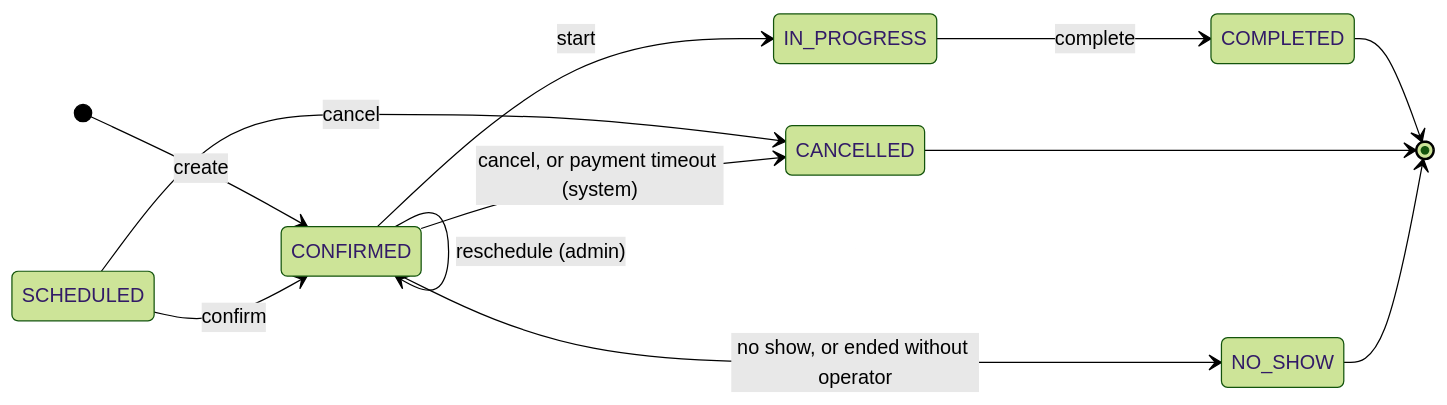
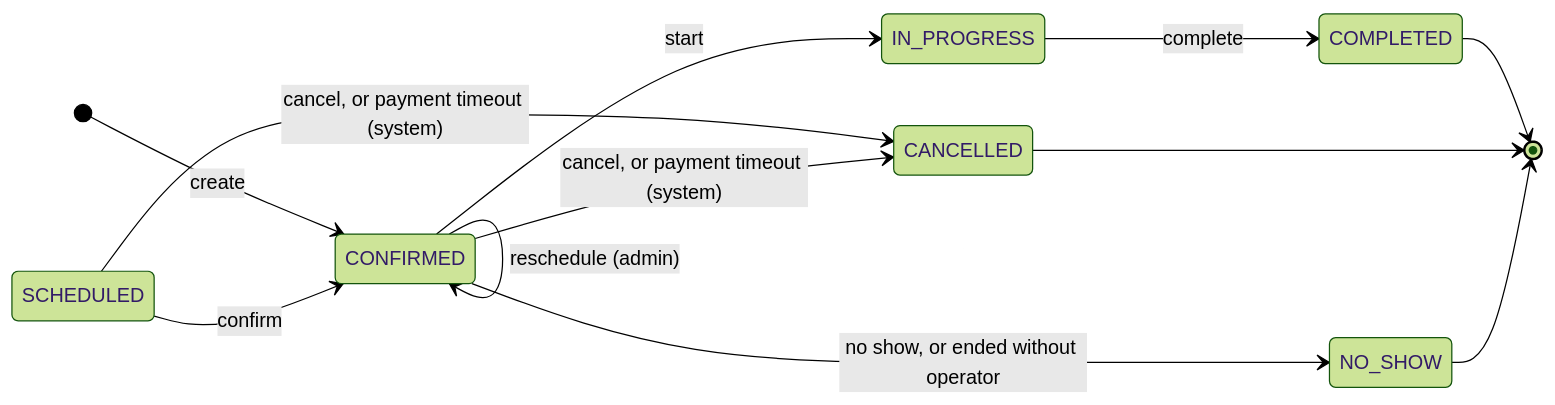
One commit to code-sena/vehicle-w-docs changed the diagram in 08-uml/diagrams/source/state-booking.md. Above: the diagram before and after it, drawn with Mermaid (forest theme). The commit also changed other lines of this file and 3 other files, not shown here.

Commit message:
docs(uml): add the payment fields, PaymentMode and PaymentPolicy to booking and the timeout from SCHEDULED

````diff
--- a/08-uml/diagrams/source/state-booking.md
+++ b/08-uml/diagrams/source/state-booking.md
@@ -8,15 +8,15 @@
 ```mermaid
 stateDiagram-v2
     direction LR
     [*] --> CONFIRMED : create
     SCHEDULED --> CONFIRMED : confirm
-    SCHEDULED --> CANCELLED : cancel
+    SCHEDULED --> CANCELLED : cancel, or payment timeout (system)
     CONFIRMED --> CONFIRMED : reschedule (admin)
     CONFIRMED --> IN_PROGRESS : start
     CONFIRMED --> CANCELLED : cancel, or payment timeout (system)
     CONFIRMED --> NO_SHOW : no show, or ended without operator
     IN_PROGRESS --> COMPLETED : complete
     COMPLETED --> [*]
     CANCELLED --> [*]
     NO_SHOW --> [*]
 ```
````
